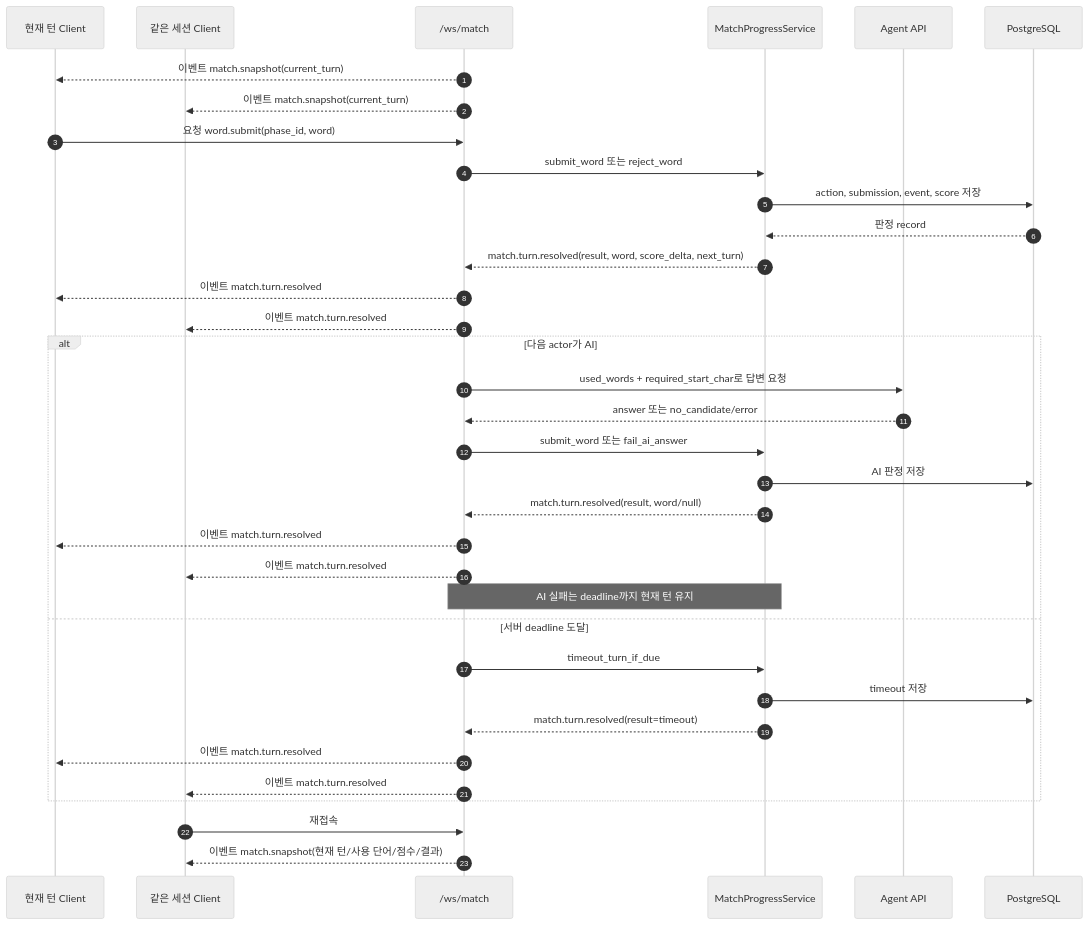
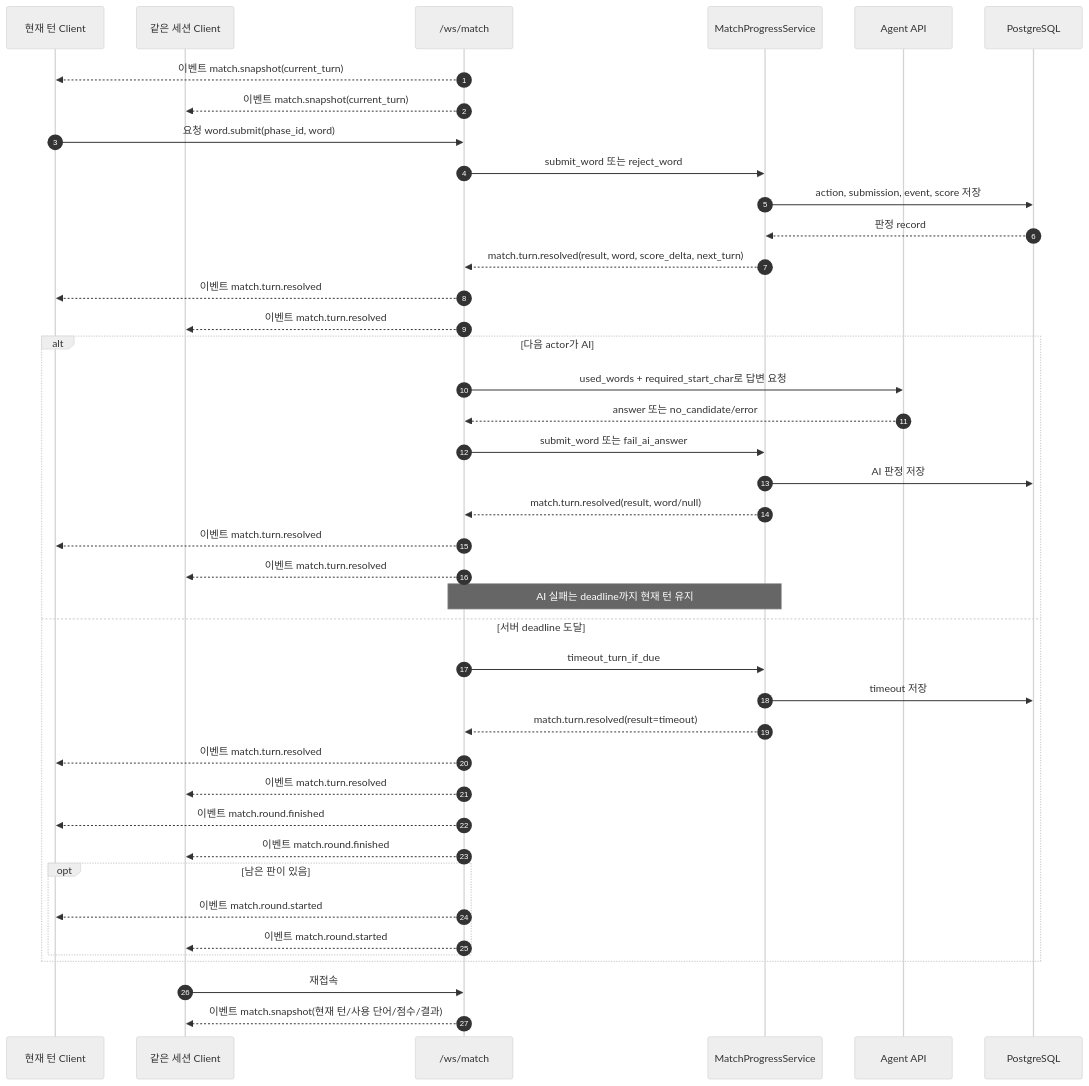
Before and after one commit to haejillyeok/backend: the fourth of 4 diagrams in app/be/api/docs/ws-api.md, drawn with Mermaid (neutral theme). The commit also changed other lines of this file and 23 other files, not shown here.

Commit message:
feat: refine match flow and websocket observability

````diff
--- a/app/be/api/docs/ws-api.md
+++ b/app/be/api/docs/ws-api.md
@@ -675,38 +729,44 @@
 ```mermaid
 sequenceDiagram
     autonumber
     participant User as 현재 턴 Client
     participant Watcher as 같은 세션 Client
     participant MatchWS as /ws/match
     participant Progress as MatchProgressService
     participant Agent as Agent API
     participant DB as PostgreSQL
 
     MatchWS-->>User: 이벤트 match.snapshot(current_turn)
     MatchWS-->>Watcher: 이벤트 match.snapshot(current_turn)
     User->>MatchWS: 요청 word.submit(phase_id, word)
     MatchWS->>Progress: submit_word 또는 reject_word
     Progress->>DB: action, submission, event, score 저장
     DB-->>Progress: 판정 record
     Progress-->>MatchWS: match.turn.resolved(result, word, score_delta, next_turn)
     MatchWS-->>User: 이벤트 match.turn.resolved
     MatchWS-->>Watcher: 이벤트 match.turn.resolved
     alt 다음 actor가 AI
         MatchWS->>Agent: used_words + required_start_char로 답변 요청
         Agent-->>MatchWS: answer 또는 no_candidate/error
         MatchWS->>Progress: submit_word 또는 fail_ai_answer
         Progress->>DB: AI 판정 저장
         Progress-->>MatchWS: match.turn.resolved(result, word/null)
         MatchWS-->>User: 이벤트 match.turn.resolved
         MatchWS-->>Watcher: 이벤트 match.turn.resolved
         Note over MatchWS,Progress: AI 실패는 deadline까지 현재 턴 유지
     else 서버 deadline 도달
         MatchWS->>Progress: timeout_turn_if_due
         Progress->>DB: timeout 저장
         Progress-->>MatchWS: match.turn.resolved(result=timeout)
         MatchWS-->>User: 이벤트 match.turn.resolved
         MatchWS-->>Watcher: 이벤트 match.turn.resolved
+        MatchWS-->>User: 이벤트 match.round.finished
+        MatchWS-->>Watcher: 이벤트 match.round.finished
+        opt 남은 판이 있음
+            MatchWS-->>User: 이벤트 match.round.started
+            MatchWS-->>Watcher: 이벤트 match.round.started
+        end
     end
     Watcher->>MatchWS: 재접속
     MatchWS-->>Watcher: 이벤트 match.snapshot(현재 턴/사용 단어/점수/결과)
 ```
````
